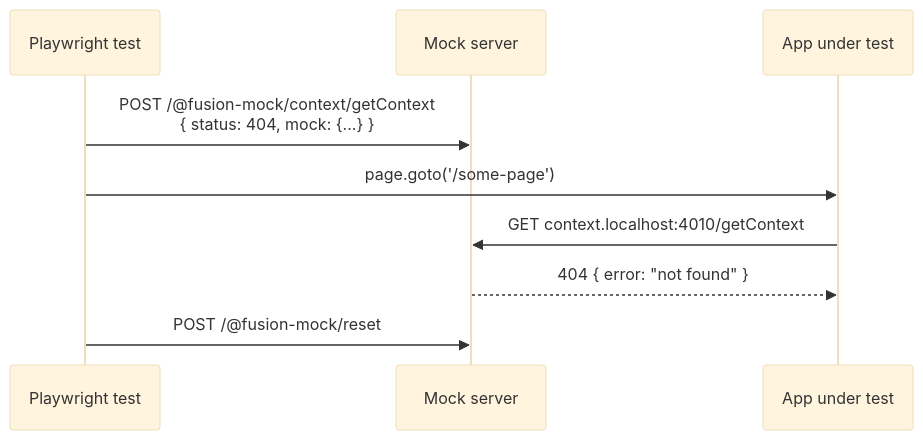
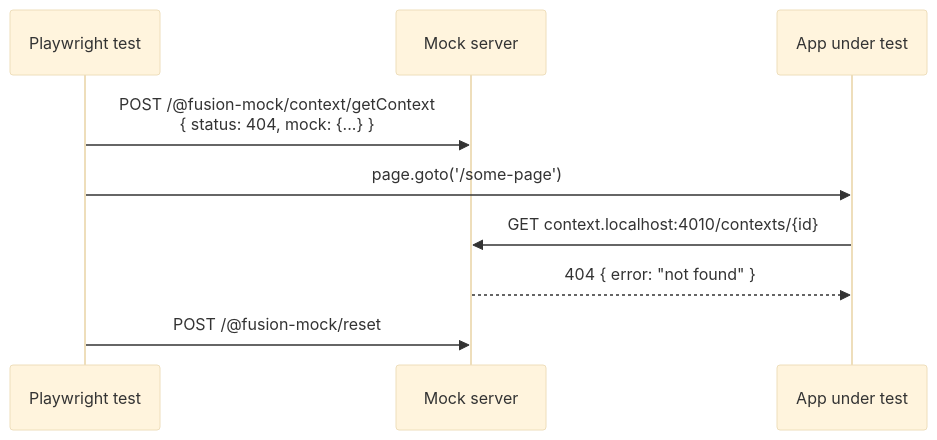
The diagram in packages/utils/openapi-mock-server/docs/testing-with-playwright.md (equinor/fusion-framework), drawn with Mermaid (base theme) before and after one commit.

Commit message:
docs(openapi-mock-server): fix data-plane path in Playwright sequence diagram

````diff
--- a/packages/utils/openapi-mock-server/docs/testing-with-playwright.md
+++ b/packages/utils/openapi-mock-server/docs/testing-with-playwright.md
@@ -7,12 +7,12 @@
 ```mermaid
 sequenceDiagram
     participant Test as Playwright test
     participant Mock as Mock server
     participant App as App under test
 
     Test->>Mock: POST /@fusion-mock/context/getContext<br/>{ status: 404, mock: {...} }
     Test->>App: page.goto('/some-page')
-    App->>Mock: GET context.localhost:4010/getContext
+    App->>Mock: GET context.localhost:4010/contexts/{id}
     Mock-->>App: 404 { error: "not found" }
     Test->>Mock: POST /@fusion-mock/reset
 ```
````
